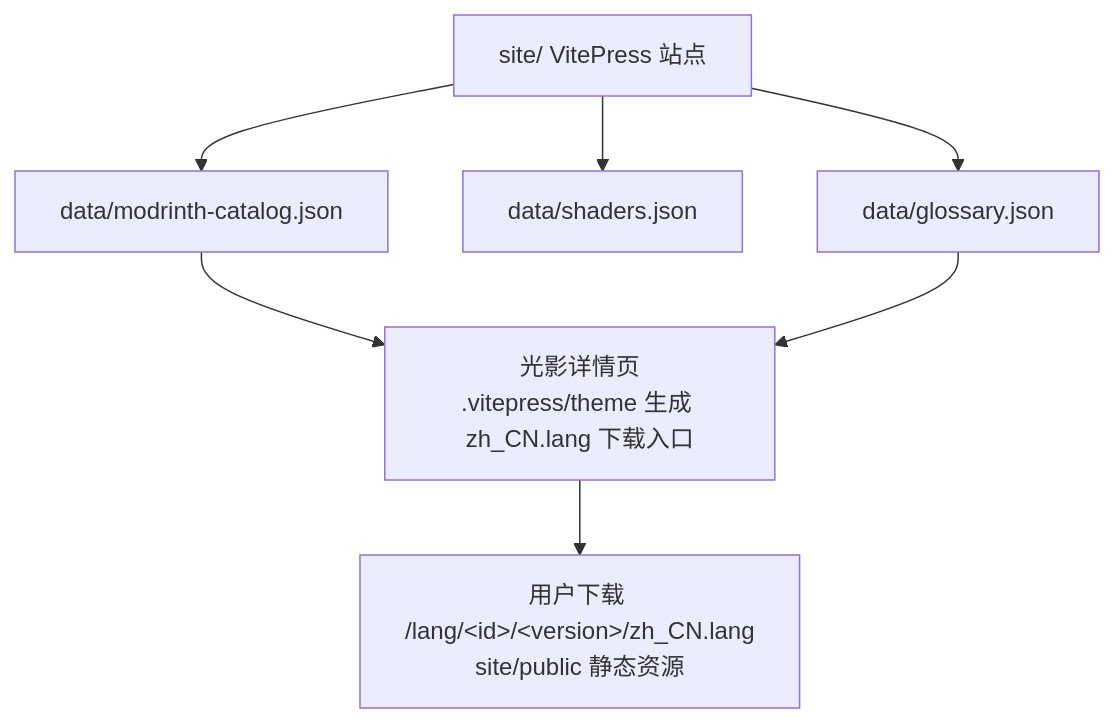
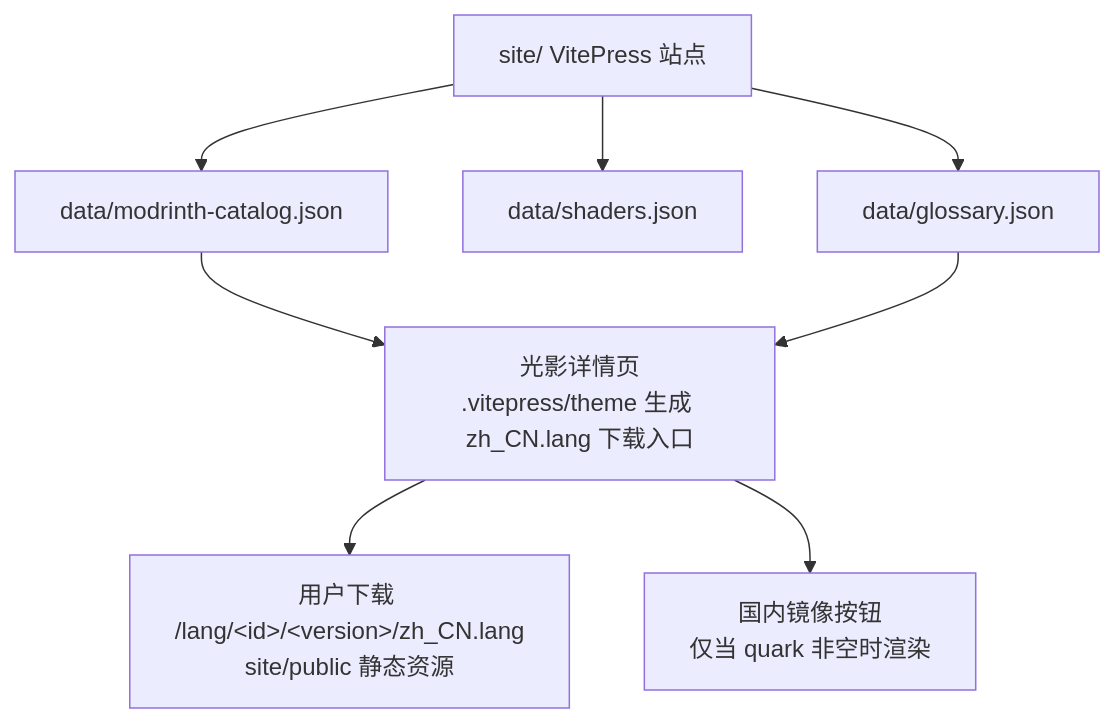
Before and after one commit to Kalloer1/shader-i18n-site: the fifth of 5 diagrams in FLOW.md, drawn with Mermaid. The commit also changed other lines of this file and 918 other files, not shown here.

````diff
--- a/FLOW.md
+++ b/FLOW.md
@@ -95,9 +146,10 @@
 ```mermaid
 flowchart TD
     SITE["site/ VitePress 站点"] --> D1["data/modrinth-catalog.json"]
     SITE --> D2["data/shaders.json"]
     SITE --> D3["data/glossary.json"]
     D1 --> PAGE["光影详情页<br/>.vitepress/theme 生成 zh_CN.lang 下载入口"]
     D3 --> PAGE
     PAGE --> DL["用户下载 /lang/&lt;id&gt;/&lt;version&gt;/zh_CN.lang<br/>site/public 静态资源"]
+    PAGE --> MIRROR["国内镜像按钮<br/>仅当 quark 非空时渲染"]
 ```
````
